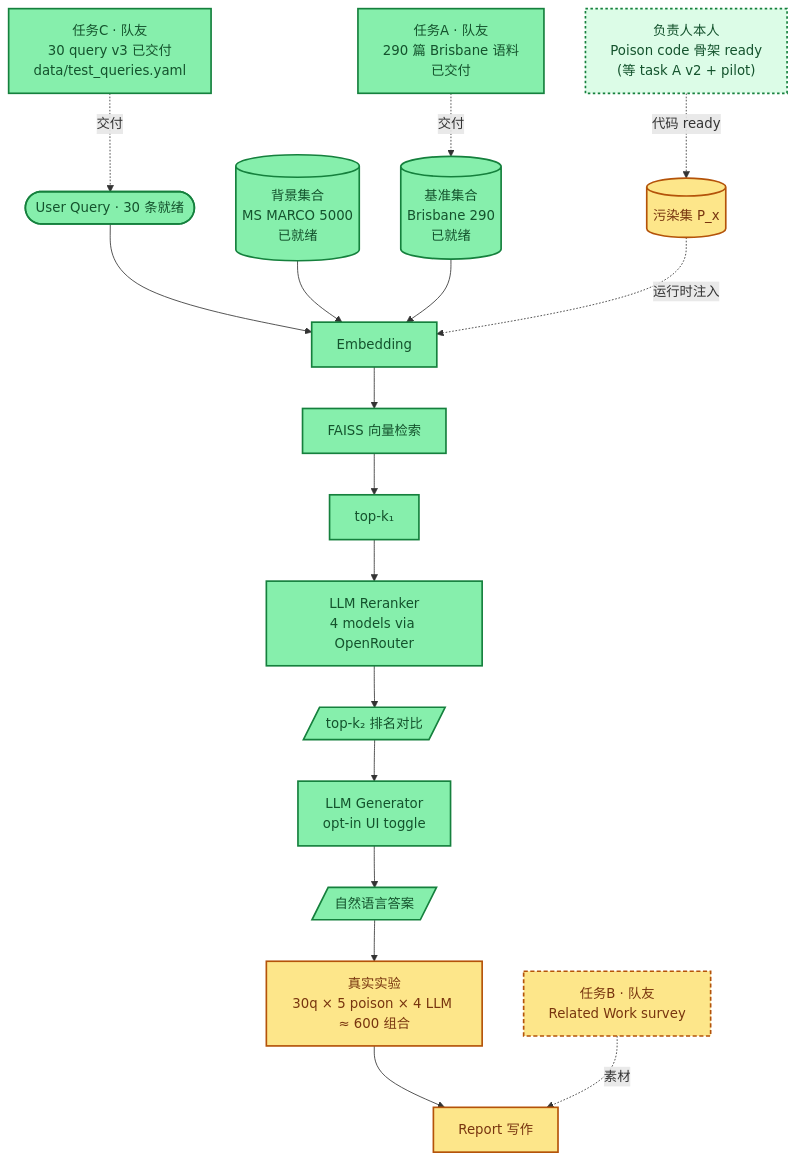
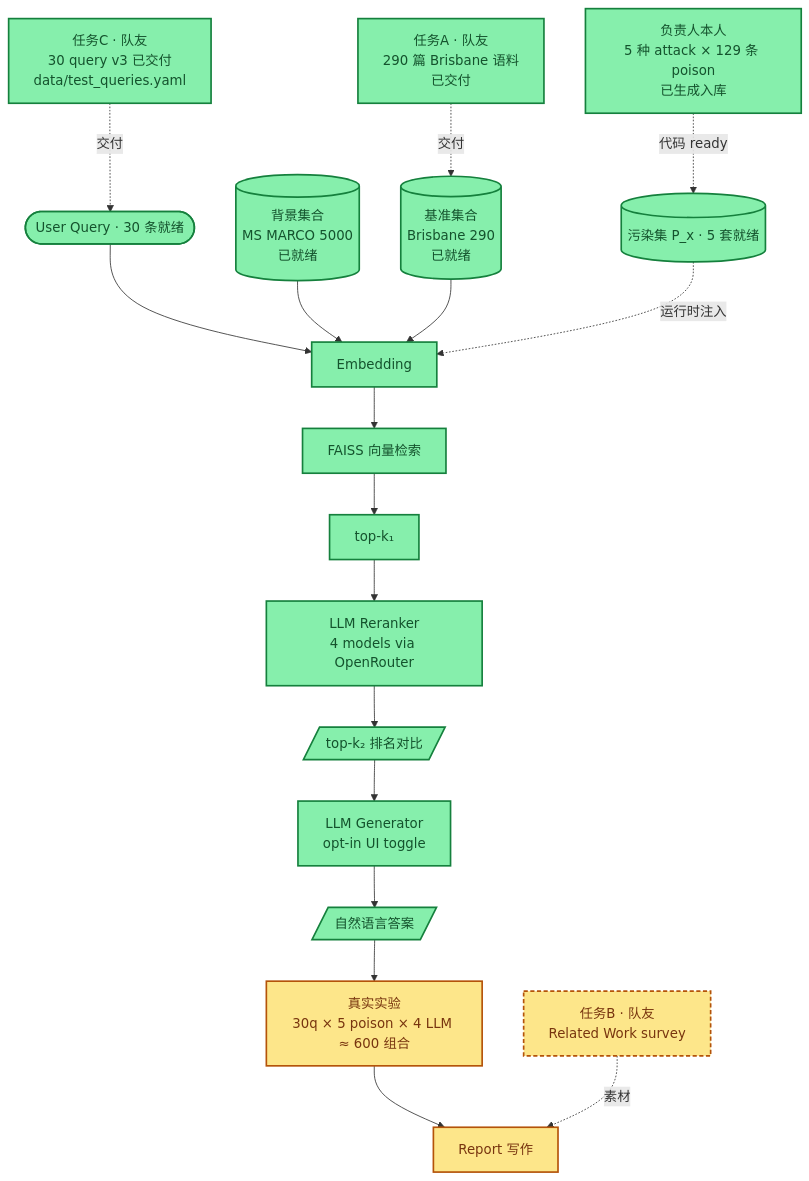
Before and after one commit to LiuJiLan/COMS4507-RAG-Poisoning-Demo: the second of 2 diagrams in README.cn.md, drawn with Mermaid. The commit also changed other lines of this file and 7 other files, not shown here.

````diff
--- a/README.cn.md
+++ b/README.cn.md
@@ -91,49 +91,49 @@
 ```mermaid
 flowchart TB
     %% ===== 待交付任务（虚线框，标 owner） =====
     TA["任务A · 队友<br/>290 篇 Brisbane 语料<br/>已交付"]:::ready
     TC["任务C · 队友<br/>30 query v3 已交付<br/>data/test_queries.yaml"]:::ready
-    TL["负责人本人<br/>Poison code 骨架 ready<br/>(等 task A v2 + pilot)"]:::partial
+    TL["负责人本人<br/>5 种 attack × 129 条 poison<br/>已生成入库"]:::ready
     TB["任务B · 队友<br/>Related Work survey"]:::task
 
     %% ===== RAG 输入（部分就绪） =====
     Q([User Query · 30 条就绪]):::ready
     BG[("背景集合<br/>MS MARCO 5000<br/>已就绪")]:::ready
     BASE[("基准集合<br/>Brisbane 290<br/>已就绪")]:::ready
-    PX[(污染集 P_x)]:::wait
+    PX[(污染集 P_x · 5 套就绪)]:::ready
 
     %% ===== Pipeline 代码（已就绪） =====
     EMB["Embedding"]:::ready
     FAISS["FAISS 向量检索"]:::ready
     K1["top-k₁"]:::ready
     RER["LLM Reranker<br/>4 models via OpenRouter"]:::ready
     GEN["LLM Generator<br/>opt-in UI toggle"]:::ready
     K2[/"top-k₂ 排名对比"/]:::ready
     ANS[/"自然语言答案"/]:::ready
 
     %% ===== 最终产出（阻塞中） =====
     EXP["真实实验<br/>30q × 5 poison × 4 LLM ≈ 600 组合"]:::wait
     REP["Report 写作"]:::wait
 
     %% 任务 → 输入 供给关系
     TC -.->|交付| Q
     TA -.->|交付| BASE
     TL -.->|代码 ready| PX
 
     %% Pipeline 主流
     Q --> EMB
     BG --> EMB
     BASE --> EMB
     PX -. 运行时注入 .-> EMB
     EMB --> FAISS --> K1 --> RER --> K2 --> GEN --> ANS
 
     %% 下游阻塞链
     ANS --> EXP
     EXP --> REP
     TB -.->|素材| REP
 
     classDef ready fill:#86efac,stroke:#15803d,color:#14532d,stroke-width:2px
     classDef wait fill:#fde68a,stroke:#b45309,color:#78350f,stroke-width:2px
     classDef task fill:#fde68a,stroke:#b45309,color:#78350f,stroke-width:2px,stroke-dasharray:5 3
     classDef partial fill:#dcfce7,stroke:#15803d,color:#14532d,stroke-width:2px,stroke-dasharray:3 3
 ```
````
